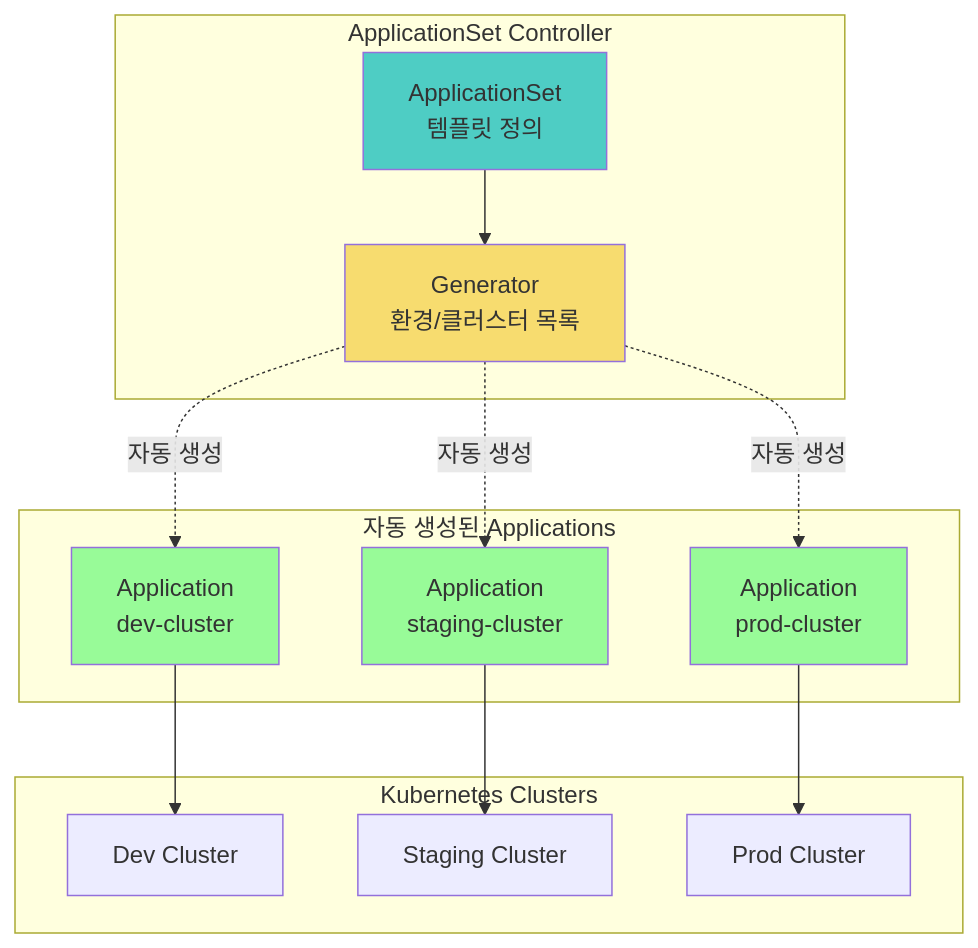
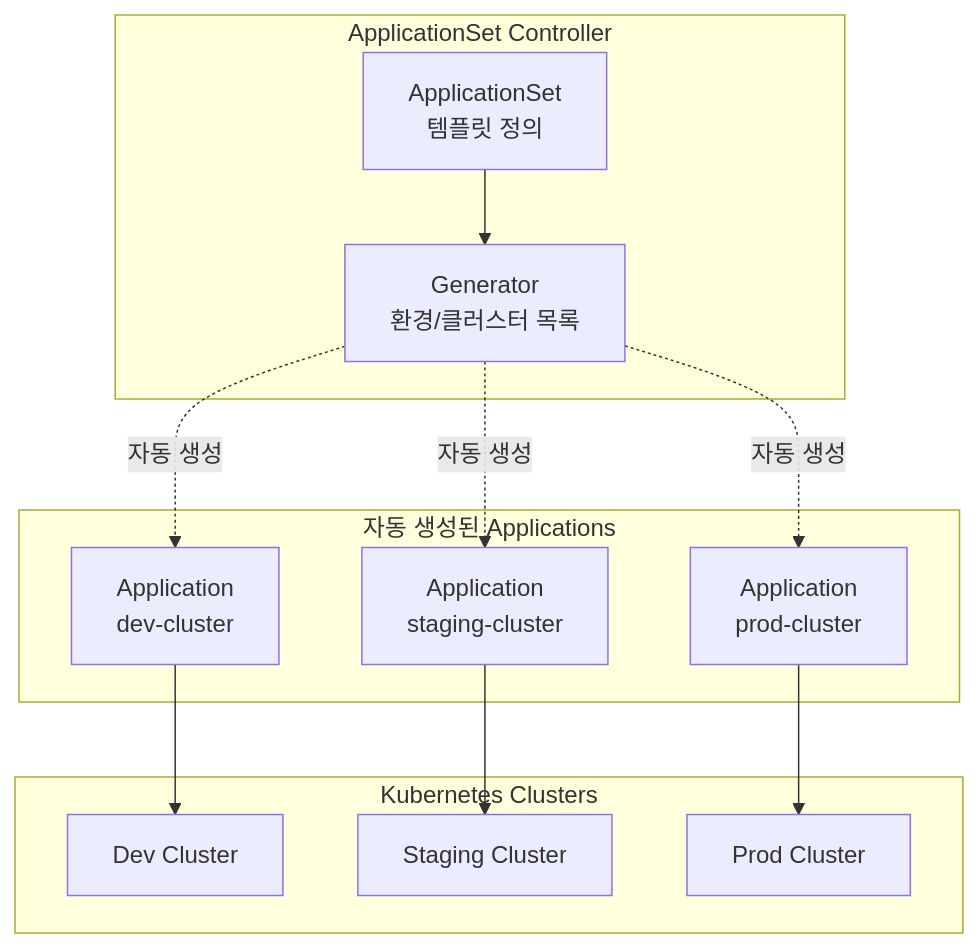
One commit to juwon8891/juwon8891.github.io changed the first of 6 diagrams in docs/cicd/week4-argocd-advanced.md. Above: the diagram before and after it, drawn with Mermaid. The commit also changed other lines of this file and 18 other files, not shown here.

Commit message:
Remove bright colors from Mermaid diagrams for dark mode compatibility

````diff
--- a/docs/cicd/week4-argocd-advanced.md
+++ b/docs/cicd/week4-argocd-advanced.md
@@ -16,34 +16,29 @@
 ```mermaid
 graph TB
     subgraph "ApplicationSet Controller"
         APPSET[ApplicationSet<br/>템플릿 정의]
         GEN[Generator<br/>환경/클러스터 목록]
     end
 
     subgraph "자동 생성된 Applications"
         APP1[Application<br/>dev-cluster]
         APP2[Application<br/>staging-cluster]
         APP3[Application<br/>prod-cluster]
     end
 
     subgraph "Kubernetes Clusters"
         K8S1[Dev Cluster]
         K8S2[Staging Cluster]
         K8S3[Prod Cluster]
     end
 
     APPSET --> GEN
     GEN -.자동 생성.-> APP1
     GEN -.자동 생성.-> APP2
     GEN -.자동 생성.-> APP3
 
     APP1 --> K8S1
     APP2 --> K8S2
     APP3 --> K8S3
 
-    style APPSET fill:#4ECDC4
-    style GEN fill:#F7DC6F
-    style APP1 fill:#98FB98
-    style APP2 fill:#98FB98
-    style APP3 fill:#98FB98
 ```
````
